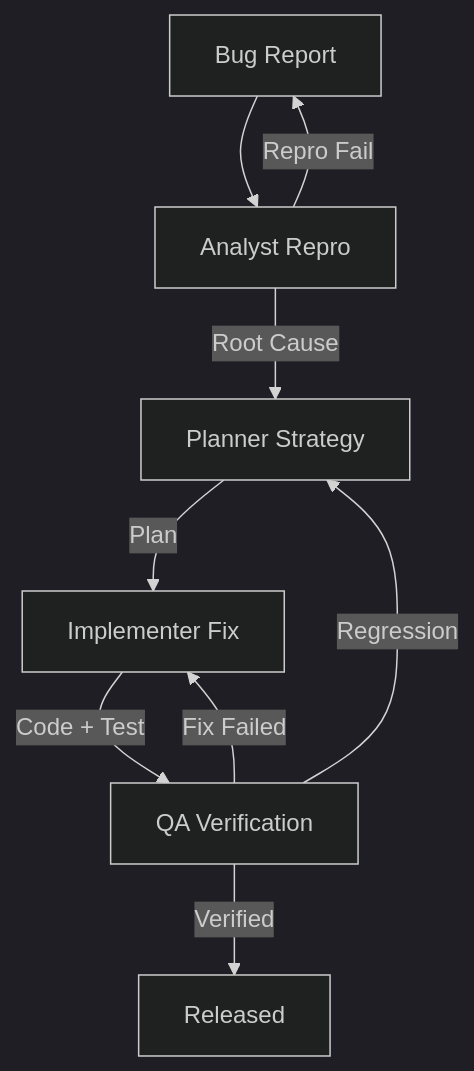
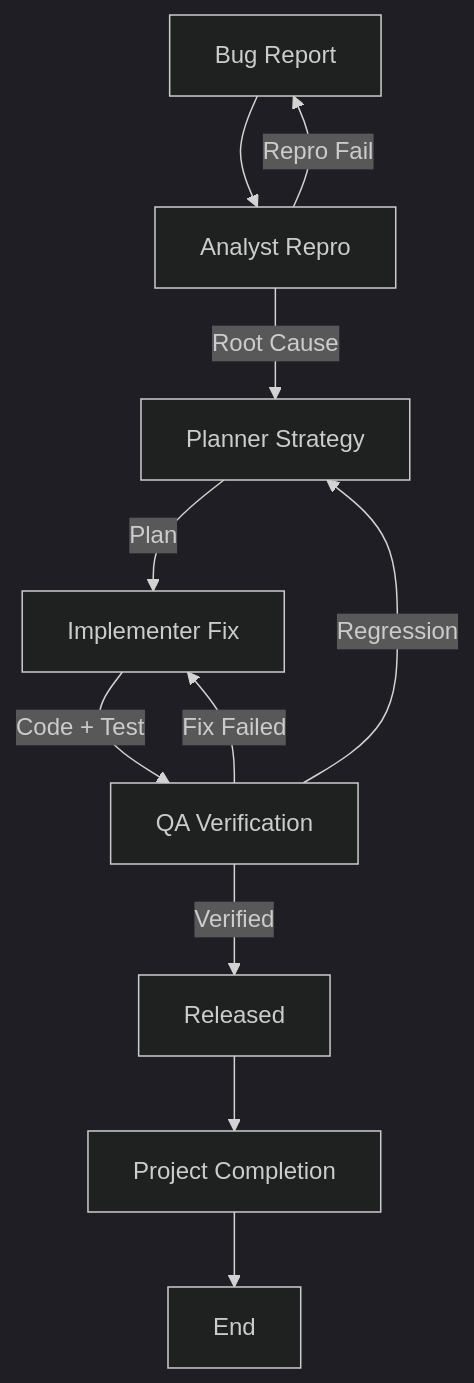
One commit to seanspiesman/Agents-and-Workflows changed the diagram in agents/workflows/BugFix.workflow.md. Above: the diagram before and after it, drawn with Mermaid (dark theme). The commit also changed other lines of this file and 29 other files, not shown here.

````diff
--- a/agents/workflows/BugFix.workflow.md
+++ b/agents/workflows/BugFix.workflow.md
@@ -64,11 +73,13 @@
 ```mermaid
 flowchart TD
     A[Bug Report] --> B[Analyst Repro]
     B -->|Repro Fail| A
     B -->|Root Cause| C[Planner Strategy]
     C -->|Plan| D[Implementer Fix]
     D -->|Code + Test| E[QA Verification]
     E -->|Fix Failed| D
     E -->|Regression| C
     E -->|Verified| F[Released]
+    F --> G[Project Completion]
+    G --> H[End]
 ```
````
